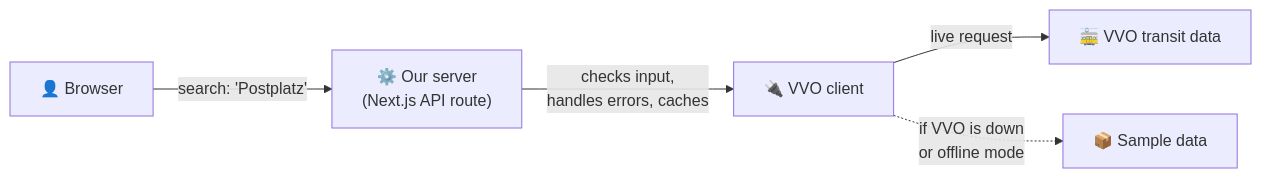
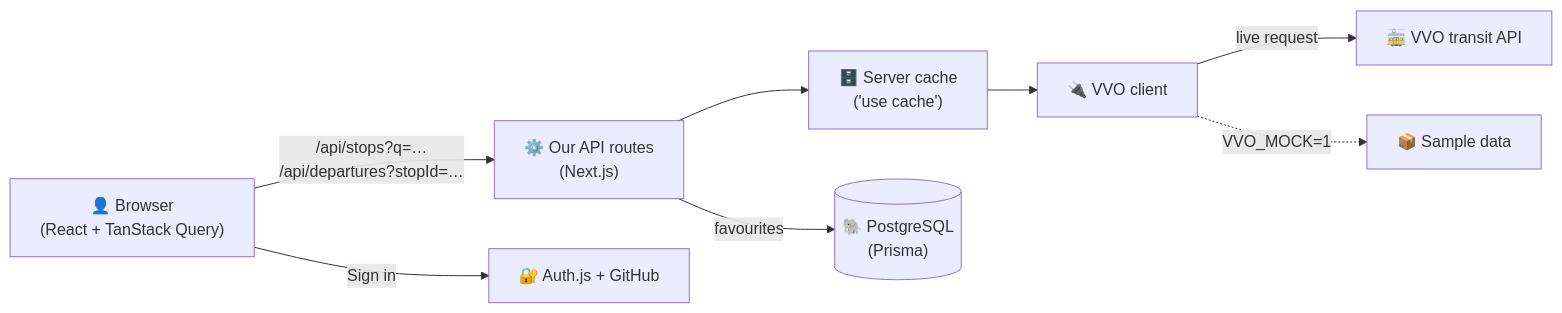
The diagram in README.md (michael-panamarou/dresden-departures), drawn with Mermaid before and after one commit. The commit also changed other lines of this file and 75 other files, not shown here.

Commit message:
complete app with live departures, map, favourites, PWA, tests and CI

````diff
--- a/README.md
+++ b/README.md
@@ -54,7 +58,10 @@
 ```mermaid
 flowchart LR
-    U["👤 Browser"] -->|"search: 'Postplatz'"| S["⚙️ Our server<br/>(Next.js API route)"]
-    S -->|"checks input,<br/>handles errors, caches"| C["🔌 VVO client"]
-    C -->|"live request"| V["🚋 VVO transit data"]
-    C -.->|"if VVO is down<br/>or offline mode"| M["📦 Sample data"]
+    U["👤 Browser<br/>(React + TanStack Query)"] -->|"/api/stops?q=…<br/>/api/departures?stopId=…"| S["⚙️ Our API routes<br/>(Next.js)"]
+    S --> C["🗄️ Server cache<br/>('use cache')"]
+    C --> V["🔌 VVO client"]
+    V -->|"live request"| VVO["🚋 VVO transit API"]
+    V -.->|"VVO_MOCK=1"| M["📦 Sample data"]
+    S -->|"favourites"| DB[("🐘 PostgreSQL<br/>(Prisma)")]
+    U -->|"Sign in"| A["🔐 Auth.js + GitHub"]
 ```
````
